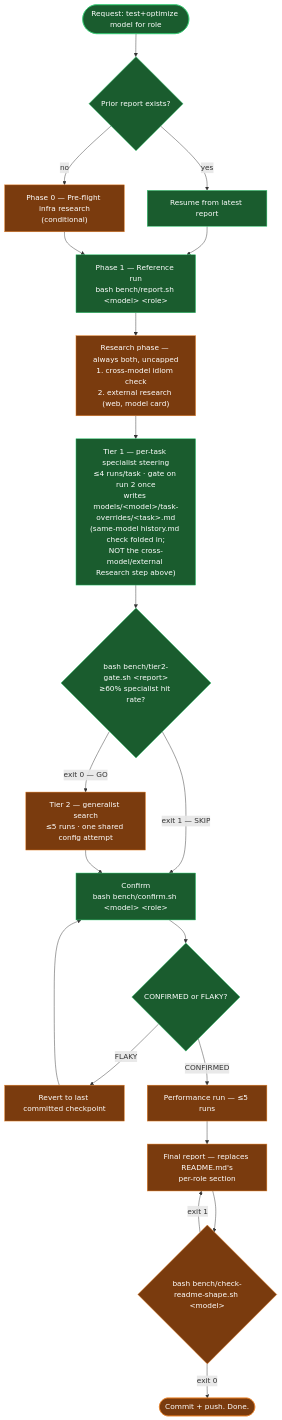
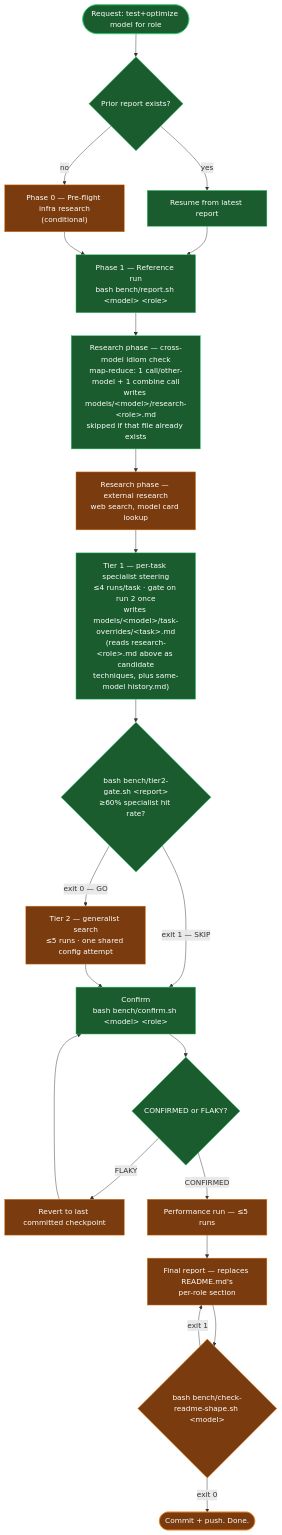
The second of 3 diagrams in docs/QUALITY-LOOP-WORKFLOW.md (peppekerstens/testlocalai), drawn with Mermaid before and after one commit. The commit also changed 4 other files, not shown here.

First line of the commit message:
loop.sh: mandatory dispatch-env auto-sourcing + Research phase (cross-model)

````diff
--- a/docs/QUALITY-LOOP-WORKFLOW.md
+++ b/docs/QUALITY-LOOP-WORKFLOW.md
@@ -71,36 +71,38 @@
 ```mermaid
 flowchart TD
     Start(["Request: test+optimize model for role"]) --> Prior{"Prior report exists?"}
     Prior -- yes --> Resume["Resume from latest report"]
     Prior -- no --> P0
     Resume --> P1
 
     P0["Phase 0 — Pre-flight infra research<br/>(conditional)"] --> P1
 
-    P1["Phase 1 — Reference run<br/>bash bench/report.sh &lt;model&gt; &lt;role&gt;"] --> RES
+    P1["Phase 1 — Reference run<br/>bash bench/report.sh &lt;model&gt; &lt;role&gt;"] --> RES1
 
-    RES["Research phase — always both, uncapped<br/>1. cross-model idiom check<br/>2. external research (web, model card)"] --> T1
+    RES1["Research phase — cross-model idiom check<br/>map-reduce: 1 call/other-model + 1 combine call<br/>writes models/&lt;model&gt;/research-&lt;role&gt;.md<br/>skipped if that file already exists"] --> RES2
 
-    T1["Tier 1 — per-task specialist steering<br/>≤4 runs/task · gate on run 2 once<br/>writes models/&lt;model&gt;/task-overrides/&lt;task&gt;.md<br/>(same-model history.md check folded in;<br/>NOT the cross-model/external Research step above)"] --> GATE
+    RES2["Research phase — external research<br/>web search, model card lookup"] --> T1
+
+    T1["Tier 1 — per-task specialist steering<br/>≤4 runs/task · gate on run 2 once<br/>writes models/&lt;model&gt;/task-overrides/&lt;task&gt;.md<br/>(reads research-&lt;role&gt;.md above as candidate<br/>techniques, plus same-model history.md)"] --> GATE
 
     GATE{"bash bench/tier2-gate.sh &lt;report&gt;<br/>≥60% specialist hit rate?"}
     GATE -- "exit 0 — GO" --> T2["Tier 2 — generalist search<br/>≤5 runs · one shared config attempt"]
     GATE -- "exit 1 — SKIP" --> CONFIRM
 
     T2 --> CONFIRM["Confirm<br/>bash bench/confirm.sh &lt;model&gt; &lt;role&gt;"]
 
     CONFIRM --> V{"CONFIRMED or FLAKY?"}
     V -- FLAKY --> REVERT["Revert to last committed checkpoint"] --> CONFIRM
     V -- CONFIRMED --> PERF
 
     PERF["Performance run — ≤5 runs"] --> FINAL
     FINAL["Final report — replaces README.md's<br/>per-role section"] --> SHAPE
     SHAPE{"bash bench/check-readme-shape.sh &lt;model&gt;"}
     SHAPE -- "exit 1" --> FINAL
     SHAPE -- "exit 0" --> DONE(["Commit + push. Done."])
 
     classDef auto fill:#1a5c2e,stroke:#2ecc71,color:#fff
     classDef manual fill:#7a3b0e,stroke:#e67e22,color:#fff
-    class Start,Prior,Resume,P1,T1,GATE,CONFIRM,V auto
-    class P0,RES,T2,REVERT,PERF,FINAL,SHAPE,DONE manual
+    class Start,Prior,Resume,P1,RES1,T1,GATE,CONFIRM,V auto
+    class P0,RES2,T2,REVERT,PERF,FINAL,SHAPE,DONE manual
 ```
````
